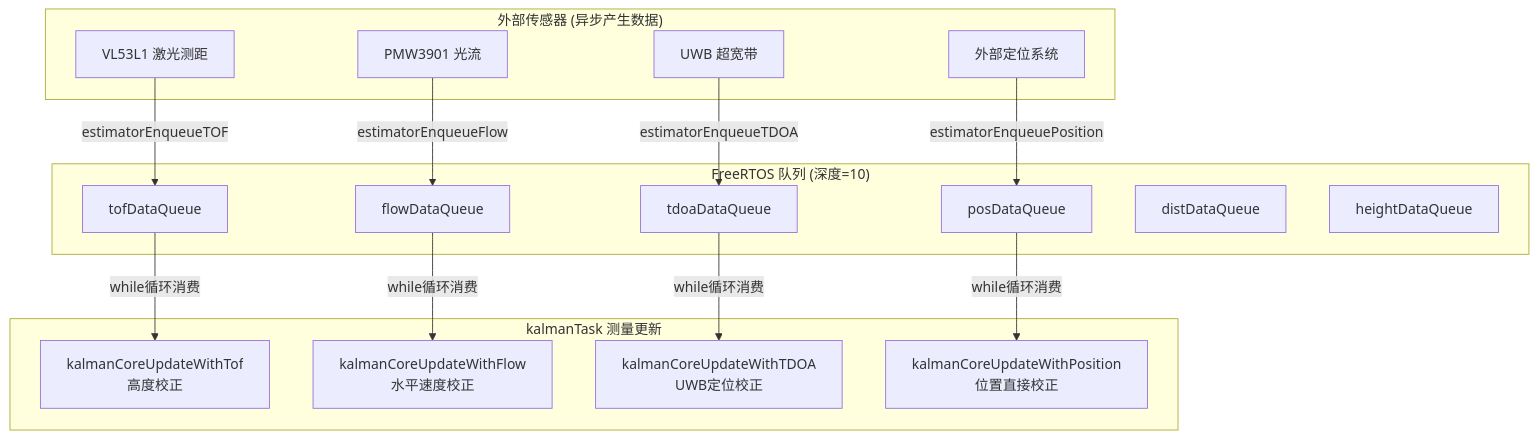
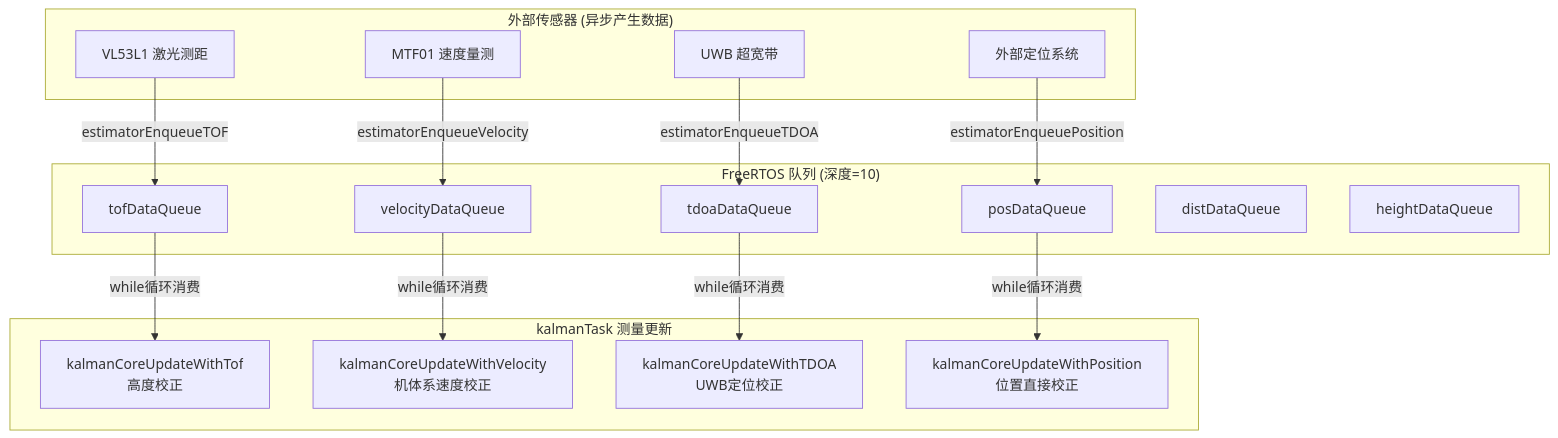
Before and after one commit to starliliko/diy-drone-powered-by-esp32s3: the seventh of 7 diagrams in 文档/无人机控制流程.md, drawn with Mermaid. The commit also changed other lines of this file and 21 other files, not shown here.

````diff
--- a/文档/无人机控制流程.md
+++ b/文档/无人机控制流程.md
@@ -334,35 +339,35 @@
 ```mermaid
 flowchart TB
     subgraph 外部传感器["外部传感器 (异步产生数据)"]
         TOF[VL53L1 激光测距]
-        FLOW[PMW3901 光流]
+        FLOW[MTF01 速度量测]
         UWB[UWB 超宽带]
         EXT[外部定位系统]
     end
 
     subgraph 队列层["FreeRTOS 队列 (深度=10)"]
         Q1[tofDataQueue]
-        Q2[flowDataQueue]
+        Q2[velocityDataQueue]
         Q3[tdoaDataQueue]
         Q4[posDataQueue]
         Q5[distDataQueue]
         Q6[heightDataQueue]
     end
 
     subgraph KalmanUpdate["kalmanTask 测量更新"]
         U1[kalmanCoreUpdateWithTof<br/>高度校正]
-        U2[kalmanCoreUpdateWithFlow<br/>水平速度校正]
+        U2[kalmanCoreUpdateWithVelocity<br/>机体系速度校正]
         U3[kalmanCoreUpdateWithTDOA<br/>UWB定位校正]
         U4[kalmanCoreUpdateWithPosition<br/>位置直接校正]
     end
 
     TOF -->|estimatorEnqueueTOF| Q1
-    FLOW -->|estimatorEnqueueFlow| Q2
+    FLOW -->|estimatorEnqueueVelocity| Q2
     UWB -->|estimatorEnqueueTDOA| Q3
     EXT -->|estimatorEnqueuePosition| Q4
 
     Q1 -->|while循环消费| U1
     Q2 -->|while循环消费| U2
     Q3 -->|while循环消费| U3
     Q4 -->|while循环消费| U4
 ```
````
